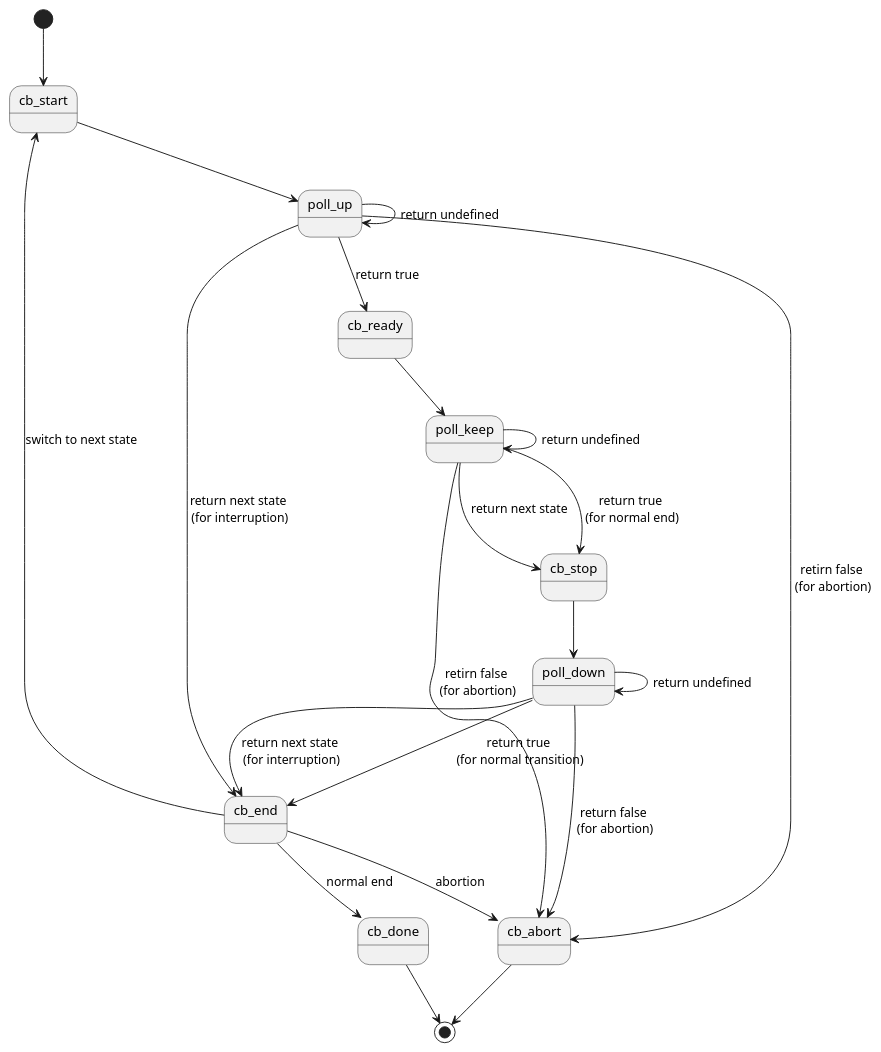
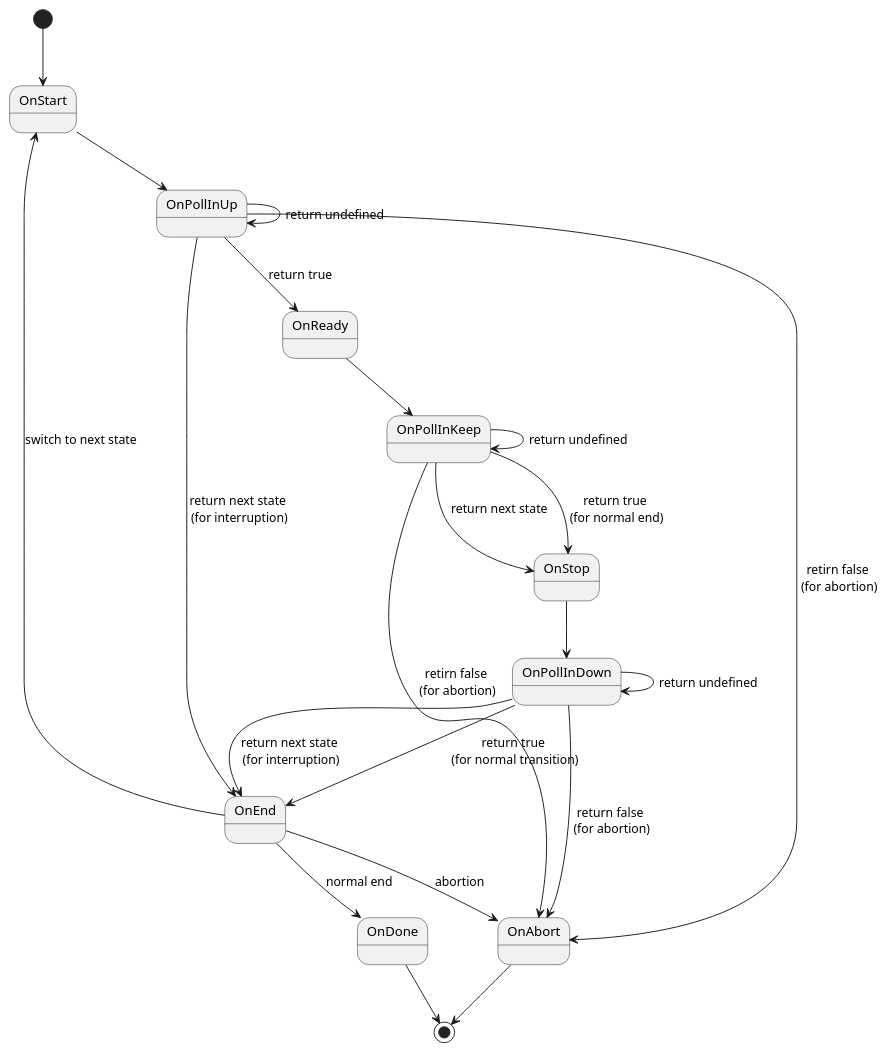
The third of 3 diagrams in doxy/features/stmac.md (ylllc/yges_js_web), drawn with PlantUML before and after one commit. The commit also changed other lines of this file and 78 other files, not shown here.

```diff
--- a/doxy/features/stmac.md
+++ b/doxy/features/stmac.md
@@ -84,25 +84,25 @@
 @startuml "Callbacks"
 
-[*] --> cb_start
-cb_start --> poll_up
-poll_up --> poll_up: return undefined
-poll_up --> cb_end: return next state\n (for interruption)
-poll_up --> cb_ready: return true
-poll_up --> cb_abort: retirn false\n (for abortion)
-cb_ready --> poll_keep
-poll_keep --> poll_keep: return undefined
-poll_keep --> cb_stop: return next state
-poll_keep --> cb_stop: return true\n (for normal end)
-poll_keep --> cb_abort: retirn false\n (for abortion)
-cb_stop --> poll_down
-poll_down --> poll_down: return undefined
-poll_down --> cb_end: return next state\n (for interruption)
-poll_down --> cb_end: return true\n (for normal transition)
-poll_down --> cb_abort: return false\n (for abortion)
-cb_start <-- cb_end: switch to next state
-cb_end --> cb_done: normal end
-cb_end --> cb_abort: abortion
-cb_done --> [*]
-cb_abort --> [*]
+[*] --> OnStart
+OnStart --> OnPollInUp
+OnPollInUp --> OnPollInUp: return undefined
+OnPollInUp --> OnEnd: return next state\n (for interruption)
+OnPollInUp --> OnReady: return true
+OnPollInUp --> OnAbort: retirn false\n (for abortion)
+OnReady --> OnPollInKeep
+OnPollInKeep --> OnPollInKeep: return undefined
+OnPollInKeep --> OnStop: return next state
+OnPollInKeep --> OnStop: return true\n (for normal end)
+OnPollInKeep --> OnAbort: retirn false\n (for abortion)
+OnStop --> OnPollInDown
+OnPollInDown --> OnPollInDown: return undefined
+OnPollInDown --> OnEnd: return next state\n (for interruption)
+OnPollInDown --> OnEnd: return true\n (for normal transition)
+OnPollInDown --> OnAbort: return false\n (for abortion)
+OnStart <-- OnEnd: switch to next state
+OnEnd --> OnDone: normal end
+OnEnd --> OnAbort: abortion
+OnDone --> [*]
+OnAbort --> [*]
 
 @enduml
```
